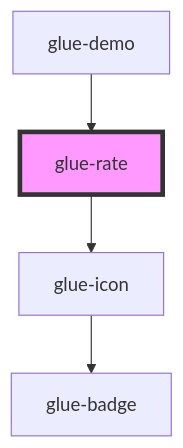
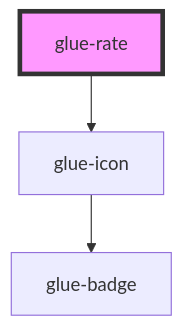
The diagram in packages/glue-components/src/components/glue-rate/readme.md (grasilife/glue), drawn with Mermaid before and after one commit. The commit also changed other lines of this file and 13 other files, not shown here.

````diff
--- a/packages/glue-components/src/components/glue-rate/readme.md
+++ b/packages/glue-components/src/components/glue-rate/readme.md
@@ -47,7 +43,6 @@
 ```mermaid
 graph TD;
   glue-rate --> glue-icon
   glue-icon --> glue-badge
-  glue-demo --> glue-rate
   style glue-rate fill:#f9f,stroke:#333,stroke-width:4px
 ```
````
